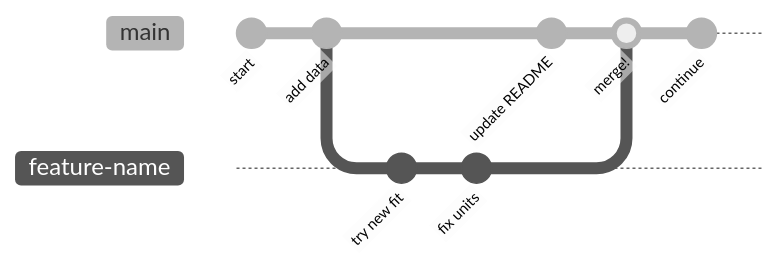
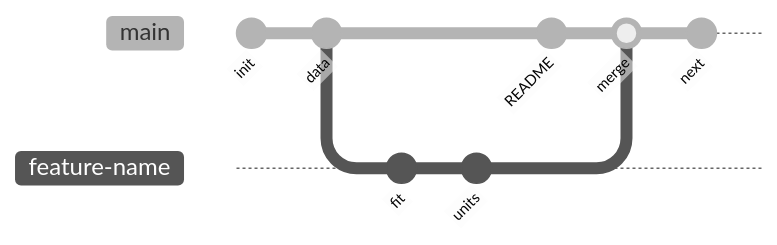
Before and after one commit to MindaugasSarpis/CERN_lessons_on_data_analysis: the first of 2 diagrams in lectures/content/slides/06_Version_Control.md, drawn with Mermaid (neutral theme). The commit also changed other lines of this file and 85 other files, not shown here.

````diff
--- a/lectures/content/slides/06_Version_Control.md
+++ b/lectures/content/slides/06_Version_Control.md
@@ -1031,13 +1060,13 @@
-```mermaid {scale: 0.9}
+```mermaid {scale: 1.3}
 gitGraph
-    commit id: "start"
-    commit id: "add data"
+    commit id: "init"
+    commit id: "data"
     branch feature-name
     checkout feature-name
-    commit id: "try new fit"
-    commit id: "fix units"
+    commit id: "fit"
+    commit id: "units"
     checkout main
-    commit id: "update README"
-    merge feature-name id: "merge!"
-    commit id: "continue"
+    commit id: "README"
+    merge feature-name id: "merge"
+    commit id: "next"
 ```
````
